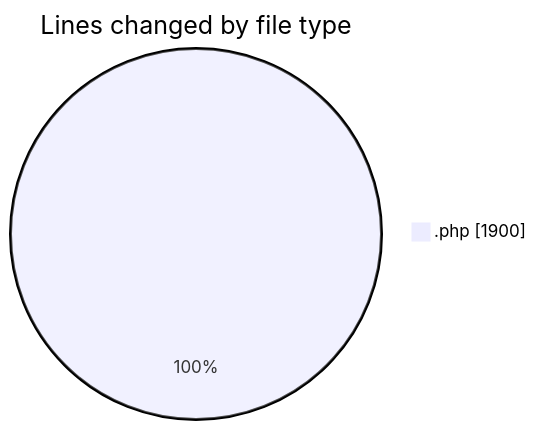
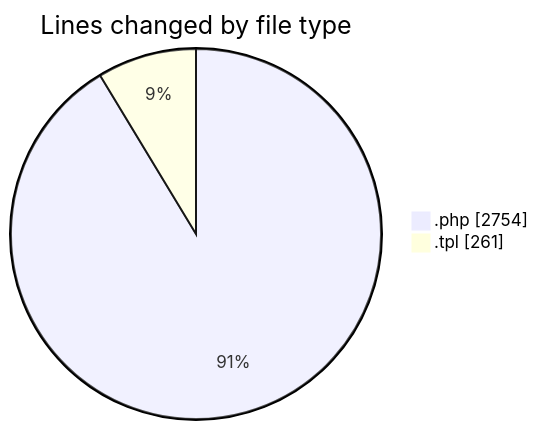
The first of 2 diagrams in 2025-04-18/zeytoon/README.md (vahidmafi/code-tracking), drawn with Mermaid before and after one commit. The commit also changed other lines of this file and 1 other file, not shown here.

````diff
--- a/2025-04-18/zeytoon/README.md
+++ b/2025-04-18/zeytoon/README.md
@@ -20,5 +22,6 @@
 ```mermaid
 pie showData
 title Lines changed by file type
-".php" : 1900
+".php" : 2754
+".tpl" : 261
 ```
````
